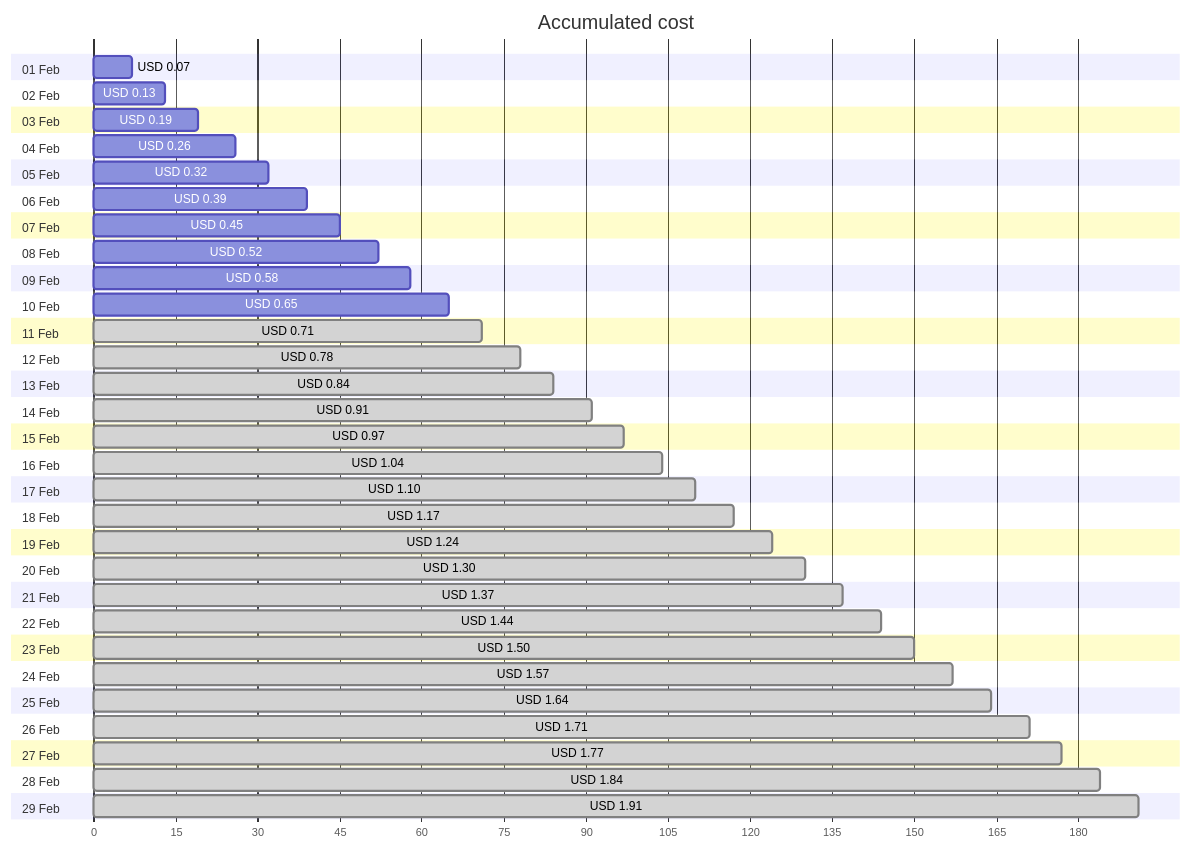
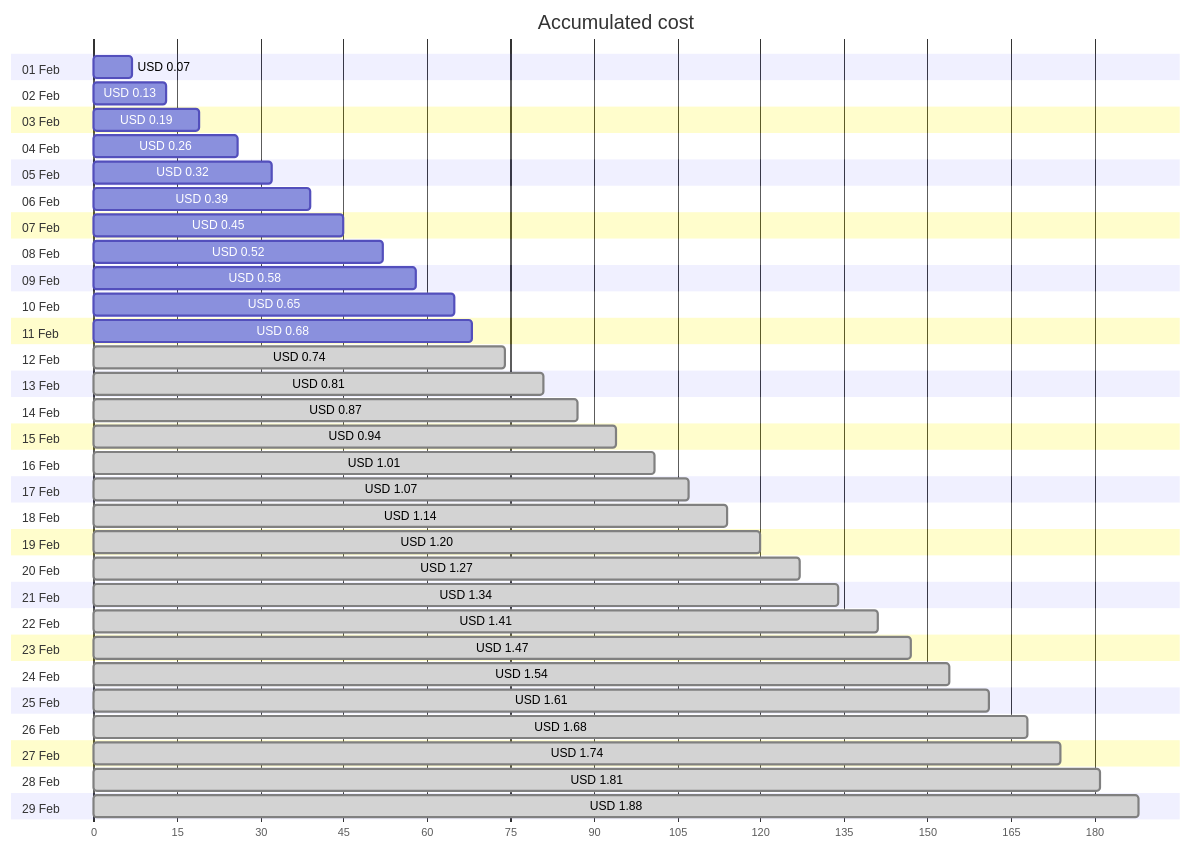
Before and after one commit to jpfulton/azure-personal-reports: the first of 4 diagrams in cost-reports/personal-network/backup-server_OsDisk.md, drawn with Mermaid. The commit also changed other lines of this file and 8 other files, not shown here.

````diff
--- a/cost-reports/personal-network/backup-server_OsDisk.md
+++ b/cost-reports/personal-network/backup-server_OsDisk.md
@@ -20,64 +20,64 @@
 ```mermaid
 gantt
    title Accumulated cost
    dateFormat  X
    axisFormat %s
    section 01 Feb
    USD 0.07 :0, 7
    section 02 Feb
    USD 0.13 :0, 13
    section 03 Feb
    USD 0.19 :0, 19
    section 04 Feb
    USD 0.26 :0, 26
    section 05 Feb
    USD 0.32 :0, 32
    section 06 Feb
    USD 0.39 :0, 39
    section 07 Feb
    USD 0.45 :0, 45
    section 08 Feb
    USD 0.52 :0, 52
    section 09 Feb
    USD 0.58 :0, 58
    section 10 Feb
    USD 0.65 :0, 65
    section 11 Feb
-   USD 0.71 : done, 0, 71
+   USD 0.68 :0, 68
    section 12 Feb
-   USD 0.78 : done, 0, 78
+   USD 0.74 : done, 0, 74
    section 13 Feb
-   USD 0.84 : done, 0, 84
+   USD 0.81 : done, 0, 81
    section 14 Feb
-   USD 0.91 : done, 0, 91
+   USD 0.87 : done, 0, 87
    section 15 Feb
-   USD 0.97 : done, 0, 97
+   USD 0.94 : done, 0, 94
    section 16 Feb
-   USD 1.04 : done, 0, 104
+   USD 1.01 : done, 0, 101
    section 17 Feb
-   USD 1.10 : done, 0, 110
+   USD 1.07 : done, 0, 107
    section 18 Feb
-   USD 1.17 : done, 0, 117
+   USD 1.14 : done, 0, 114
    section 19 Feb
-   USD 1.24 : done, 0, 124
+   USD 1.20 : done, 0, 120
    section 20 Feb
-   USD 1.30 : done, 0, 130
+   USD 1.27 : done, 0, 127
    section 21 Feb
-   USD 1.37 : done, 0, 137
+   USD 1.34 : done, 0, 134
    section 22 Feb
-   USD 1.44 : done, 0, 144
+   USD 1.41 : done, 0, 141
    section 23 Feb
-   USD 1.50 : done, 0, 150
+   USD 1.47 : done, 0, 147
    section 24 Feb
-   USD 1.57 : done, 0, 157
+   USD 1.54 : done, 0, 154
    section 25 Feb
-   USD 1.64 : done, 0, 164
+   USD 1.61 : done, 0, 161
    section 26 Feb
-   USD 1.71 : done, 0, 171
+   USD 1.68 : done, 0, 168
    section 27 Feb
-   USD 1.77 : done, 0, 177
+   USD 1.74 : done, 0, 174
    section 28 Feb
-   USD 1.84 : done, 0, 184
+   USD 1.81 : done, 0, 181
    section 29 Feb
-   USD 1.91 : done, 0, 191
+   USD 1.88 : done, 0, 188
 ```
````
